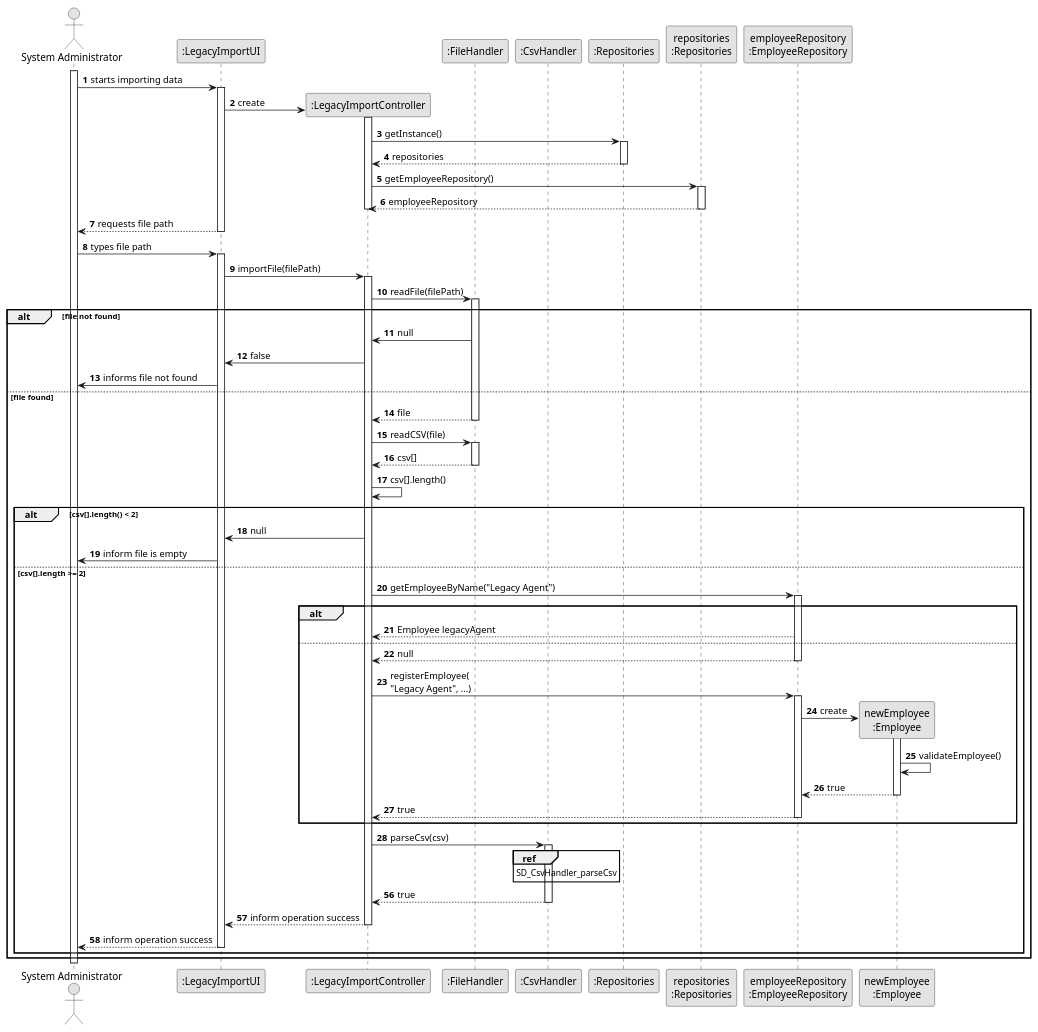
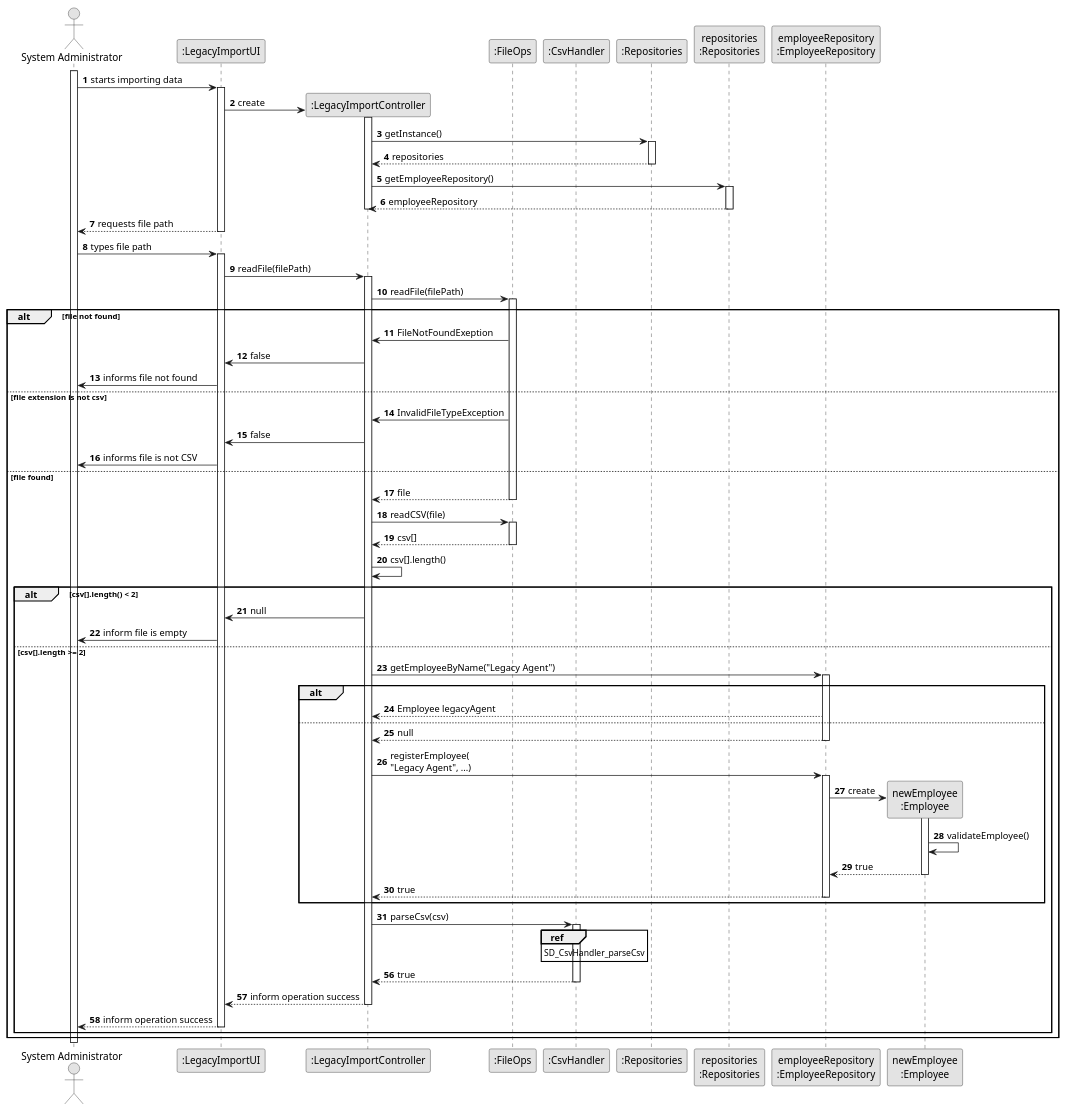
One commit to tiagohcorreia/LAPR2 changed the diagram in docs/sprintD/US012/03.design/puml/us012-sequence-diagram.puml. Above: the diagram before and after it, drawn with PlantUML. The commit also changed 12 other files, not shown here.

```diff
--- a/docs/sprintD/US012/03.design/puml/us012-sequence-diagram.puml
+++ b/docs/sprintD/US012/03.design/puml/us012-sequence-diagram.puml
@@ -1,117 +1,121 @@
 @startuml
 'https://plantuml.com/sequence-diagram
 
 skinparam monochrome true
 skinparam shadowing false
 autonumber
 
 actor "System Administrator" as sa
 participant ":LegacyImportUI" as ui
 participant ":LegacyImportController" as ctrl
-participant ":FileHandler" as fh
+participant ":FileOps" as fo
 participant ":CsvHandler" as ch
 
 participant ":Repositories" as repos
 participant "repositories\n:Repositories" as repositories
 'participant "announcementRepository\n:AnnouncementRepository" as AnnR
 participant "employeeRepository\n:EmployeeRepository" as EmpR
 'participant "clientRepository\n:ClientRepository" as CliR
 'participant "branchRepository\n:BranchRepository" as BraR
 participant "newEmployee\n:Employee" as Emp
 'participant ":Announcement" as Ann
 'participant ":Property" as Pro
 
 activate sa
 sa -> ui: starts importing data
 activate ui
 ui -> ctrl**: create
 activate ctrl
 ctrl -> repos: getInstance()
 activate repos
 return repositories
 
 'ctrl -> repositories: getBranchRepository()
 'activate repositories
 'return branchRepository
 
 'ctrl -> repositories: getAnnouncementRepository()
 'activate repositories
 'return announcementRepository
 
 ctrl -> repositories: getEmployeeRepository()
 activate repositories
 return employeeRepository
 
 
 ''ctrl -> repositories: getClientRepository()
 'activate repositories
 'return clientRepository
 deactivate ctrl
 
 return requests file path
 
 sa -> ui: types file path
 activate ui
 
-ui -> ctrl: importFile(filePath)
+ui -> ctrl: readFile(filePath)
 activate ctrl
 'ctrl -> fh**: create
-ctrl -> fh: readFile(filePath)
-activate fh
+ctrl -> fo: readFile(filePath)
+activate fo
 alt file not found
-fh -> ctrl: null
+fo -> ctrl: FileNotFoundExeption
 ctrl -> ui: false
 ui -> sa: informs file not found
+else file extension is not csv
+fo -> ctrl: InvalidFileTypeException
+ctrl -> ui: false
+ui -> sa: informs file is not CSV
 else file found
     return file
-ctrl -> fh: readCSV(file)
-activate fh
+ctrl -> fo: readCSV(file)
+activate fo
 return csv[]
 
 ctrl -> ctrl: csv[].length()
 'activate ctrl
 alt csv[].length() < 2
 ctrl -> ui: null
 ui -> sa: inform file is empty
 else csv[].length >= 2
 
 ctrl -> EmpR: getEmployeeByName("Legacy Agent")
 activate EmpR
 alt
     EmpR --> ctrl: Employee legacyAgent
 else
     return null
     ctrl -> EmpR: registerEmployee(\n"Legacy Agent", ...)
     activate EmpR
     EmpR -> Emp**: create
     activate Emp
     Emp -> Emp: validateEmployee()
     return true
     return true
 end
 
 
 ctrl -> ch: parseCsv(csv)
 activate ch
 ref over ch: SD_CsvHandler_parseCsv
 autonumber 56
 return true
 return inform operation success
 return inform operation success
 end
 end
 
 
 
 'alt
 '    ui --> sa: informs operation success
 'else
 '    ui --> sa: inform no CSV file found
 'else
 '    return inform file is empty
 '
 'end
 
 deactivate sa
 
 @enduml
```
